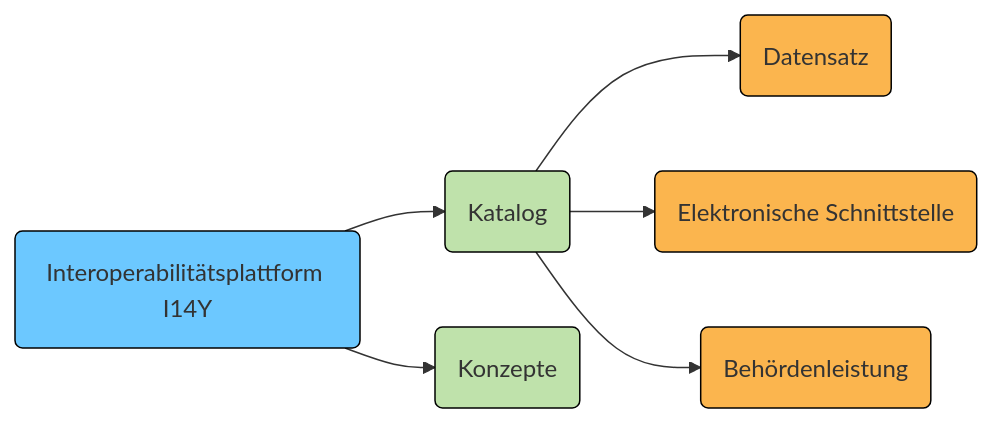
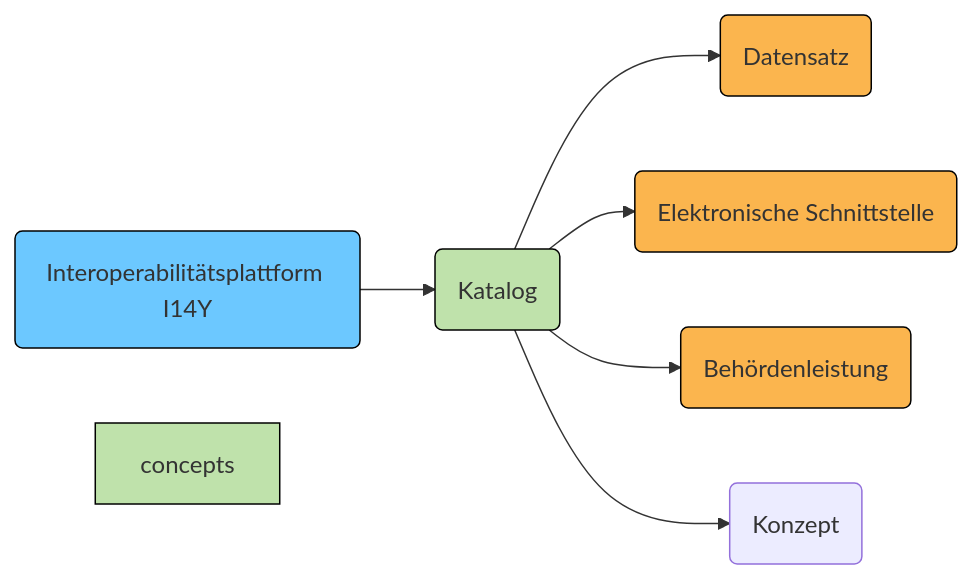
The diagram in content/de/publikation/_index.md (I14Y-ch/handbook), drawn with Mermaid before and after one commit.

Commit message:
Mermaid chart aktualisiert

````diff
--- a/content/de/publikation/_index.md
+++ b/content/de/publikation/_index.md
@@ -14,36 +14,36 @@
 ```mermaid
 flowchart LR
     i14y(Interoperabilitätsplattform I14Y)
     catalog(Katalog)
     dataset(Datensatz)
     dataservice(Elektronische Schnittstelle)
     publicservice(Behördenleistung)
-    concepts(Konzepte)
+    concept(Konzept)
 
 
     i14y-->catalog
-    i14y-->concepts
     
     catalog-->dataset
     catalog-->dataservice
     catalog-->publicservice
+    catalog-->concept
 
     
 style i14y fill:#6CC8FF
 style i14y stroke:black
 
 style catalog fill:#Bfe2ab
 style catalog stroke:black
 
 style dataset fill:#Fbb54e
 style dataset stroke:black
 
 style dataservice fill:#Fbb54e
 style dataservice stroke:black
 
 style publicservice fill:#Fbb54e
 style publicservice stroke:black
 
 style concepts fill:#Bfe2ab
 style concepts stroke:black
 ```
````
